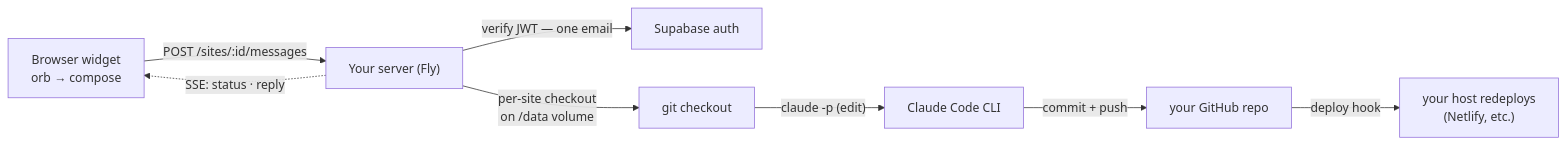
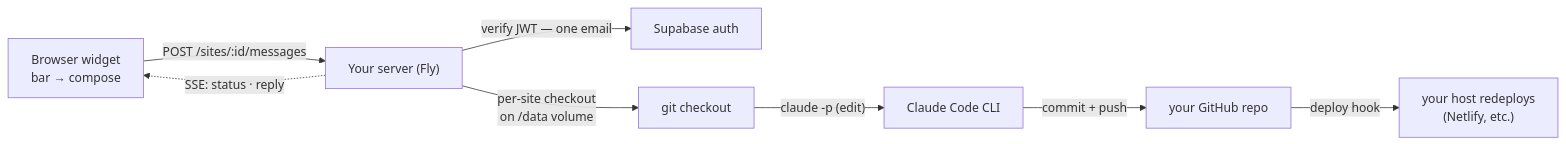
One commit to vibhasjain/agent-keyboard changed the diagram in README.md. Above: the diagram before and after it, drawn with Mermaid. The commit also changed other lines of this file and 9 other files, not shown here.

````diff
--- a/README.md
+++ b/README.md
@@ -37,10 +48,10 @@
 ```mermaid
 flowchart LR
-  A["Browser widget<br/>orb → compose"] -->|"POST /sites/:id/messages"| B["Your server (Fly)"]
+  A["Browser widget<br/>bar → compose"] -->|"POST /sites/:id/messages"| B["Your server (Fly)"]
   B -->|"verify JWT — one email"| C["Supabase auth"]
   B -->|"per-site checkout<br/>on /data volume"| D["git checkout"]
   D -->|"claude -p (edit)"| E["Claude Code CLI"]
   E -->|"commit + push"| F["your GitHub repo"]
   F -->|"deploy hook"| G["your host redeploys<br/>(Netlify, etc.)"]
   B -.->|"SSE: status · reply"| A
 ```
````
